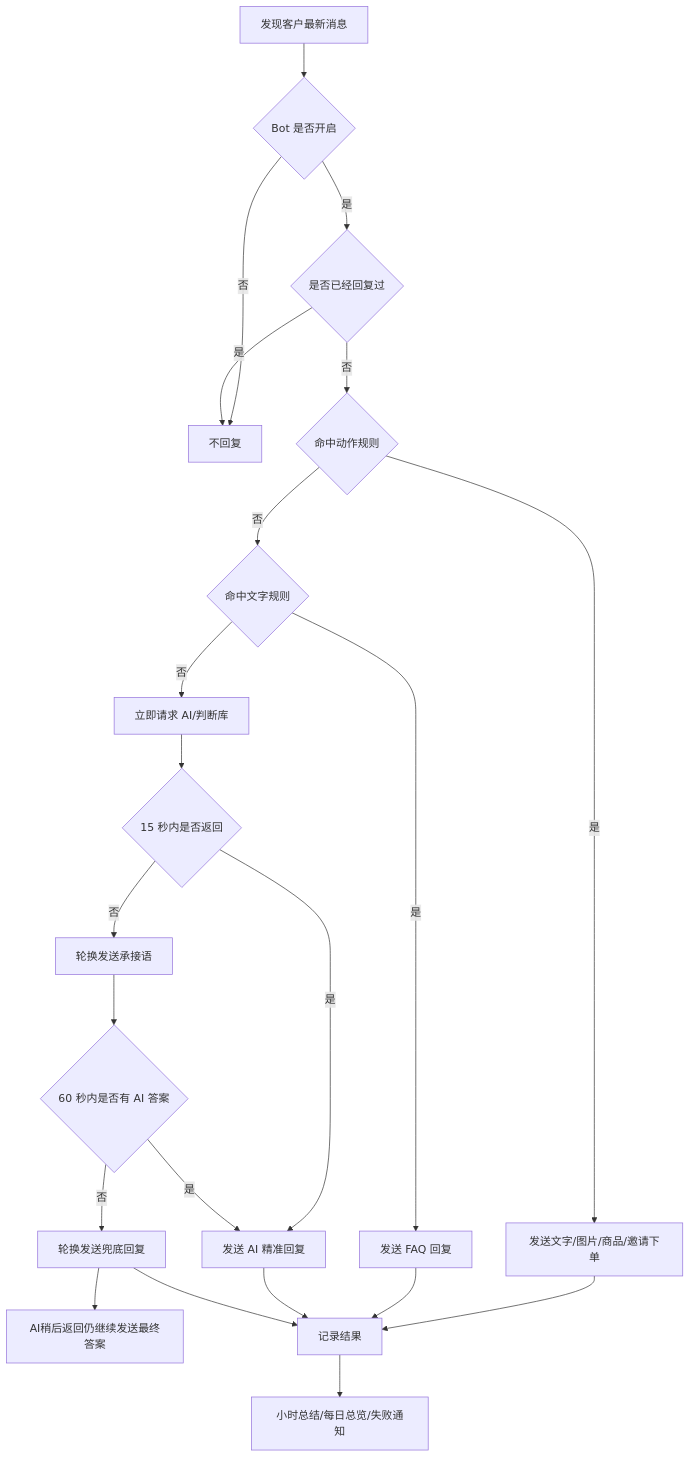
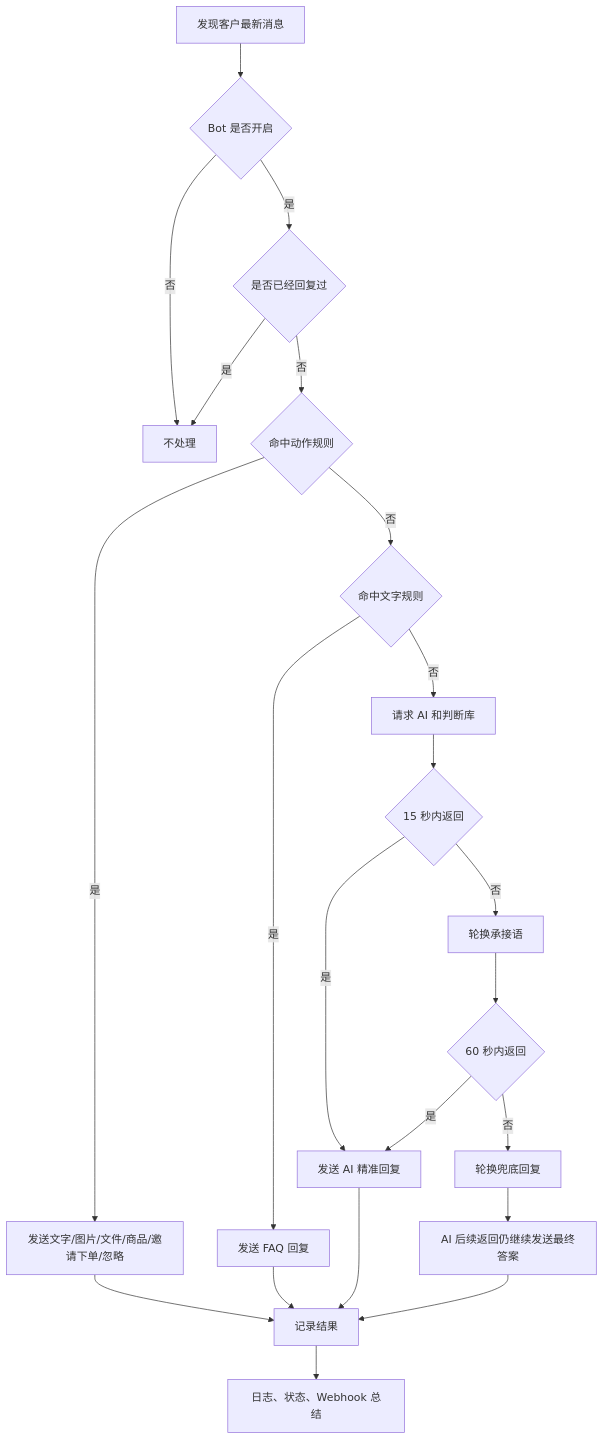
One commit to JahanHe/wechat-autoreply changed the second of 2 diagrams in README.md. Above: the diagram before and after it, drawn with Mermaid. The commit also changed other lines of this file, not shown here.

````diff
--- a/README.md
+++ b/README.md
@@ -65,24 +101,24 @@
 ```mermaid
 flowchart TD
   A["发现客户最新消息"] --> B{"Bot 是否开启"}
-  B -- "否" --> Z["不回复"]
+  B -- "否" --> Z["不处理"]
   B -- "是" --> C{"是否已经回复过"}
   C -- "是" --> Z
   C -- "否" --> D{"命中动作规则"}
-  D -- "是" --> E["发送文字/图片/商品/邀请下单"]
+  D -- "是" --> E["发送文字/图片/文件/商品/邀请下单/忽略"]
   D -- "否" --> F{"命中文字规则"}
   F -- "是" --> G["发送 FAQ 回复"]
-  F -- "否" --> H["立即请求 AI/判断库"]
-  H --> K{"15 秒内是否返回"}
-  K -- "否" --> L["轮换发送承接语"]
-  K -- "是" --> N["发送 AI 精准回复"]
-  L --> M{"60 秒内是否有 AI 答案"}
-  M -- "是" --> N
-  M -- "否" --> O["轮换发送兜底回复"]
-  O --> P["AI稍后返回仍继续发送最终答案"]
-  E --> I["记录结果"]
-  G --> I
-  N --> I
-  O --> I
-  I --> J["小时总结/每日总览/失败通知"]
+  F -- "否" --> H["请求 AI 和判断库"]
+  H --> I{"15 秒内返回"}
+  I -- "是" --> J["发送 AI 精准回复"]
+  I -- "否" --> K["轮换承接语"]
+  K --> L{"60 秒内返回"}
+  L -- "是" --> J
+  L -- "否" --> M["轮换兜底回复"]
+  M --> N["AI 后续返回仍继续发送最终答案"]
+  E --> R["记录结果"]
+  G --> R
+  J --> R
+  N --> R
+  R --> S["日志、状态、Webhook 总结"]
 ```
````
